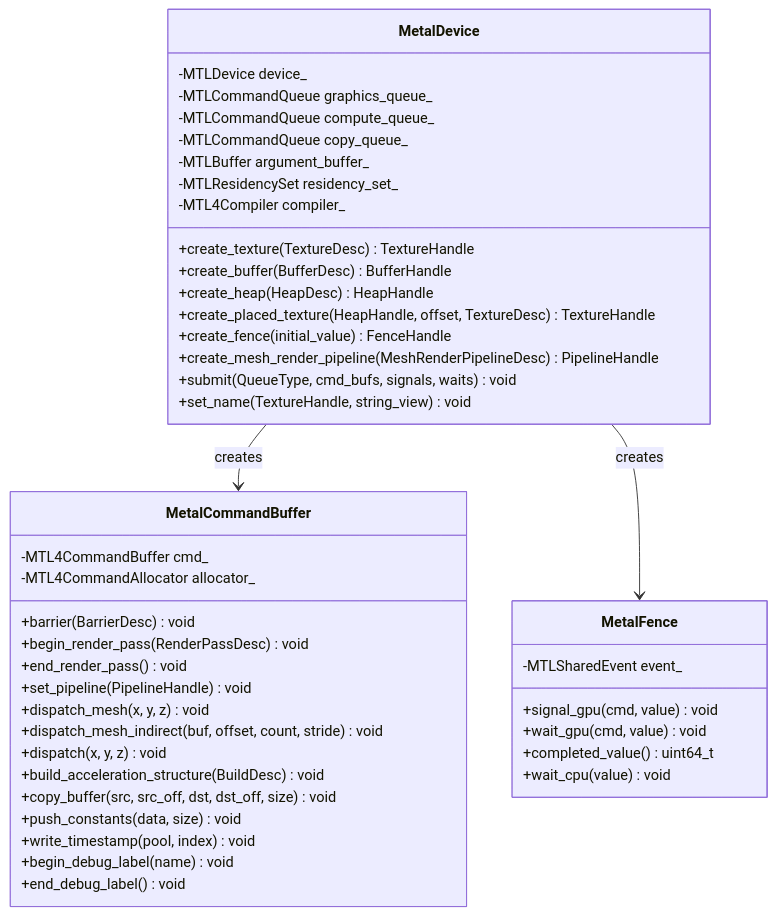
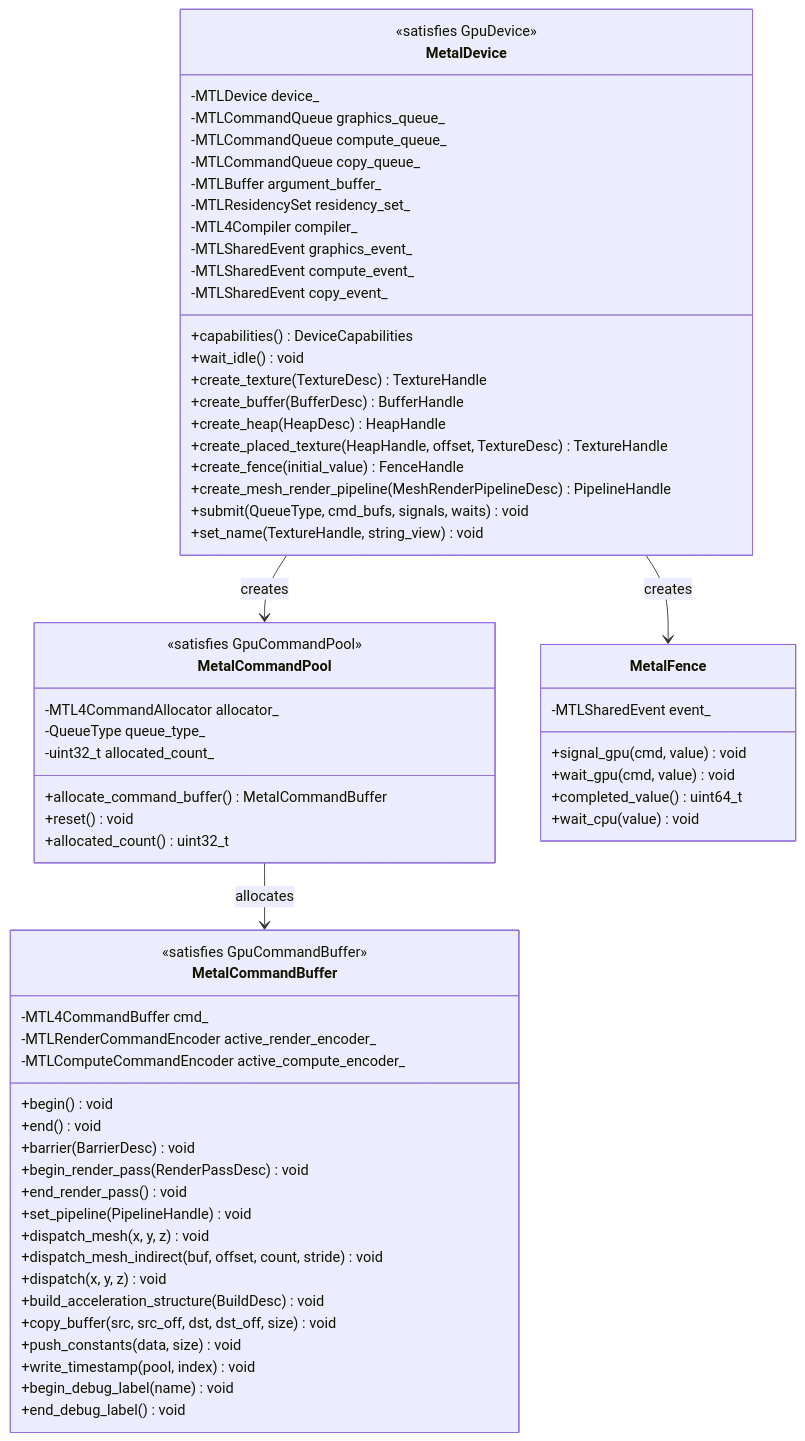
Before and after one commit to harmonius-dev/harmonius: the third of 3 diagrams in docs/design/gpu-backend-metal.md, drawn with Mermaid. The commit also changed other lines of this file and 6 other files, not shown here.

First line of the commit message:
Expand GPU backend, render graph, and shader pipeline design docs

````diff
--- a/docs/design/gpu-backend-metal.md
+++ b/docs/design/gpu-backend-metal.md
@@ -799,49 +1004,70 @@
 ```mermaid
 classDiagram
     class MetalDevice {
+        <<satisfies GpuDevice>>
         -MTLDevice device_
         -MTLCommandQueue graphics_queue_
         -MTLCommandQueue compute_queue_
         -MTLCommandQueue copy_queue_
         -MTLBuffer argument_buffer_
         -MTLResidencySet residency_set_
         -MTL4Compiler compiler_
+        -MTLSharedEvent graphics_event_
+        -MTLSharedEvent compute_event_
+        -MTLSharedEvent copy_event_
+        +capabilities() DeviceCapabilities
+        +wait_idle() void
         +create_texture(TextureDesc) TextureHandle
         +create_buffer(BufferDesc) BufferHandle
         +create_heap(HeapDesc) HeapHandle
         +create_placed_texture(HeapHandle, offset, TextureDesc) TextureHandle
         +create_fence(initial_value) FenceHandle
         +create_mesh_render_pipeline(MeshRenderPipelineDesc) PipelineHandle
         +submit(QueueType, cmd_bufs, signals, waits) void
         +set_name(TextureHandle, string_view) void
     }
 
+    class MetalCommandPool {
+        <<satisfies GpuCommandPool>>
+        -MTL4CommandAllocator allocator_
+        -QueueType queue_type_
+        -uint32_t allocated_count_
+        +allocate_command_buffer() MetalCommandBuffer
+        +reset() void
+        +allocated_count() uint32_t
+    }
+
     class MetalCommandBuffer {
+        <<satisfies GpuCommandBuffer>>
         -MTL4CommandBuffer cmd_
-        -MTL4CommandAllocator allocator_
+        -MTLRenderCommandEncoder active_render_encoder_
+        -MTLComputeCommandEncoder active_compute_encoder_
+        +begin() void
+        +end() void
         +barrier(BarrierDesc) void
         +begin_render_pass(RenderPassDesc) void
         +end_render_pass() void
         +set_pipeline(PipelineHandle) void
         +dispatch_mesh(x, y, z) void
         +dispatch_mesh_indirect(buf, offset, count, stride) void
         +dispatch(x, y, z) void
         +build_acceleration_structure(BuildDesc) void
         +copy_buffer(src, src_off, dst, dst_off, size) void
         +push_constants(data, size) void
         +write_timestamp(pool, index) void
         +begin_debug_label(name) void
         +end_debug_label() void
     }
 
     class MetalFence {
         -MTLSharedEvent event_
         +signal_gpu(cmd, value) void
         +wait_gpu(cmd, value) void
         +completed_value() uint64_t
         +wait_cpu(value) void
     }
 
-    MetalDevice --> MetalCommandBuffer : creates
+    MetalDevice --> MetalCommandPool : creates
+    MetalCommandPool --> MetalCommandBuffer : allocates
     MetalDevice --> MetalFence : creates
 ```
````
